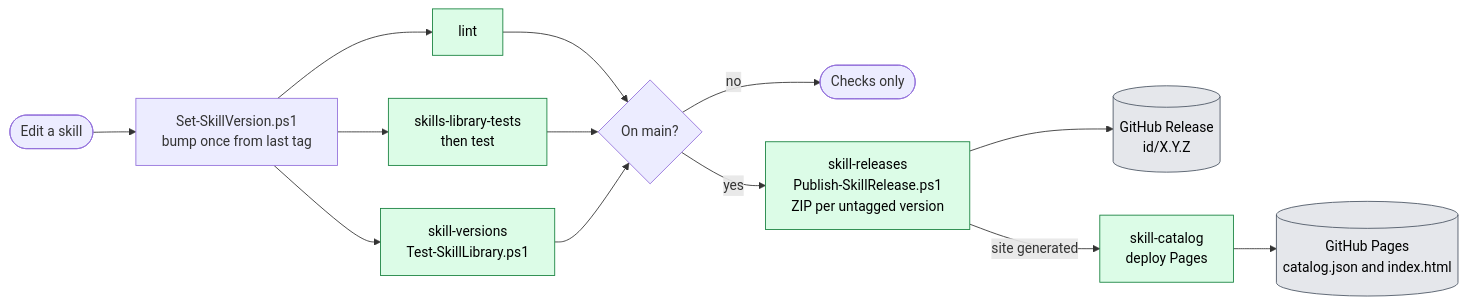
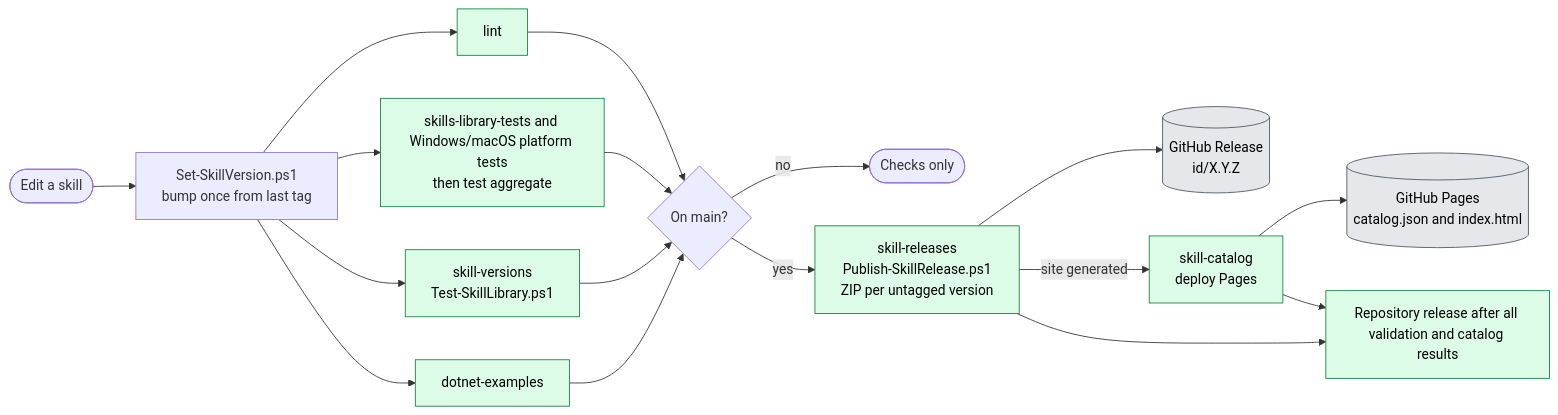
The third of 7 diagrams in docs/architecture.md (f2calv/.github), drawn with Mermaid before and after one commit. The commit also changed other lines of this file and 24 other files, not shown here.

First line of the commit message:
feat(customizations): consolidate release-train validation guidance

````diff
--- a/docs/architecture.md
+++ b/docs/architecture.md
@@ -91,18 +91,22 @@
 ```mermaid
 flowchart LR
     classDef ci fill:#dcfce7,stroke:#15803d,color:#000
     classDef store fill:#e5e7eb,stroke:#4b5563,color:#000
 
     edit([Edit a skill]) --> bump[Set-SkillVersion.ps1<br/>bump once from last tag]
     bump --> lint[lint]:::ci
-    bump --> test[skills-library-tests<br/>then test]:::ci
+    bump --> test[skills-library-tests and Windows/macOS platform tests<br/>then test aggregate]:::ci
     bump --> versions[skill-versions<br/>Test-SkillLibrary.ps1]:::ci
+    bump --> examples[dotnet-examples]:::ci
     lint --> main{On main?}
     test --> main
     versions --> main
+    examples --> main
     main -- no --> done([Checks only])
     main -- yes --> releases[skill-releases<br/>Publish-SkillRelease.ps1<br/>ZIP per untagged version]:::ci
     releases --> release[(GitHub Release<br/>id/X.Y.Z)]:::store
     releases -->|"site generated"| catalog[skill-catalog<br/>deploy Pages]:::ci
     catalog --> pages[(GitHub Pages<br/>catalog.json and index.html)]:::store
+    releases --> repository[Repository release after all validation and catalog results]:::ci
+    catalog --> repository
 ```
````
